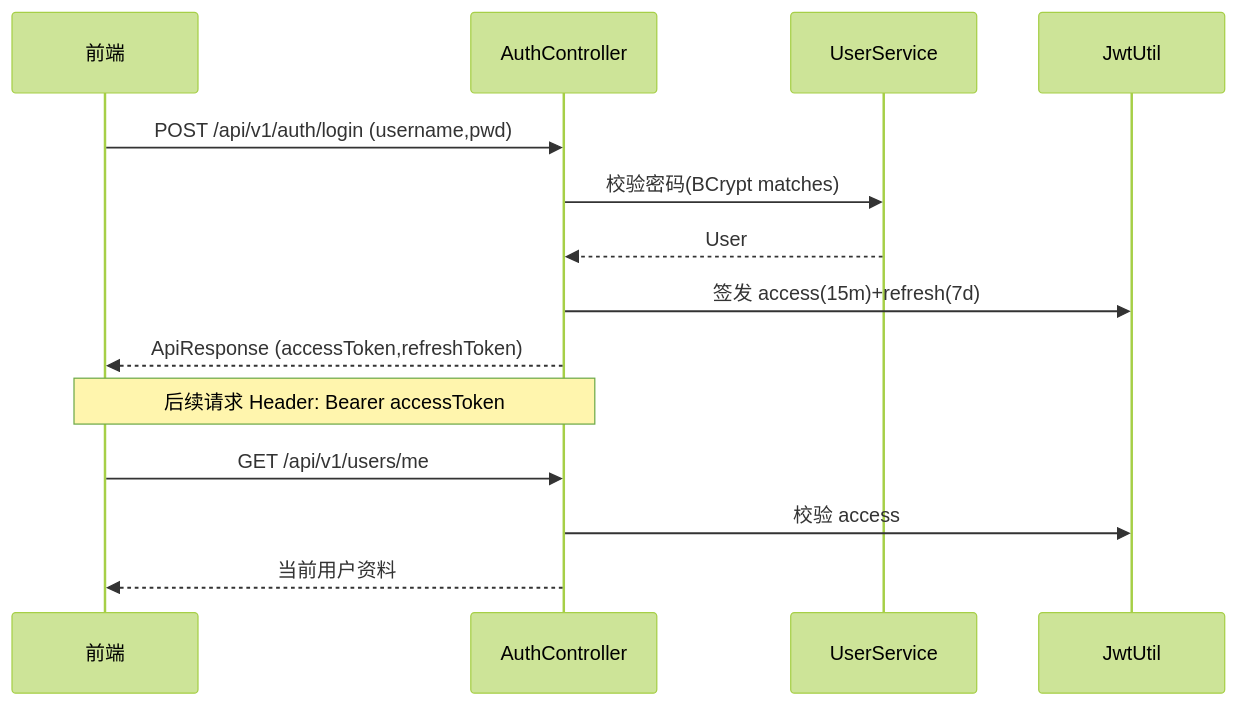
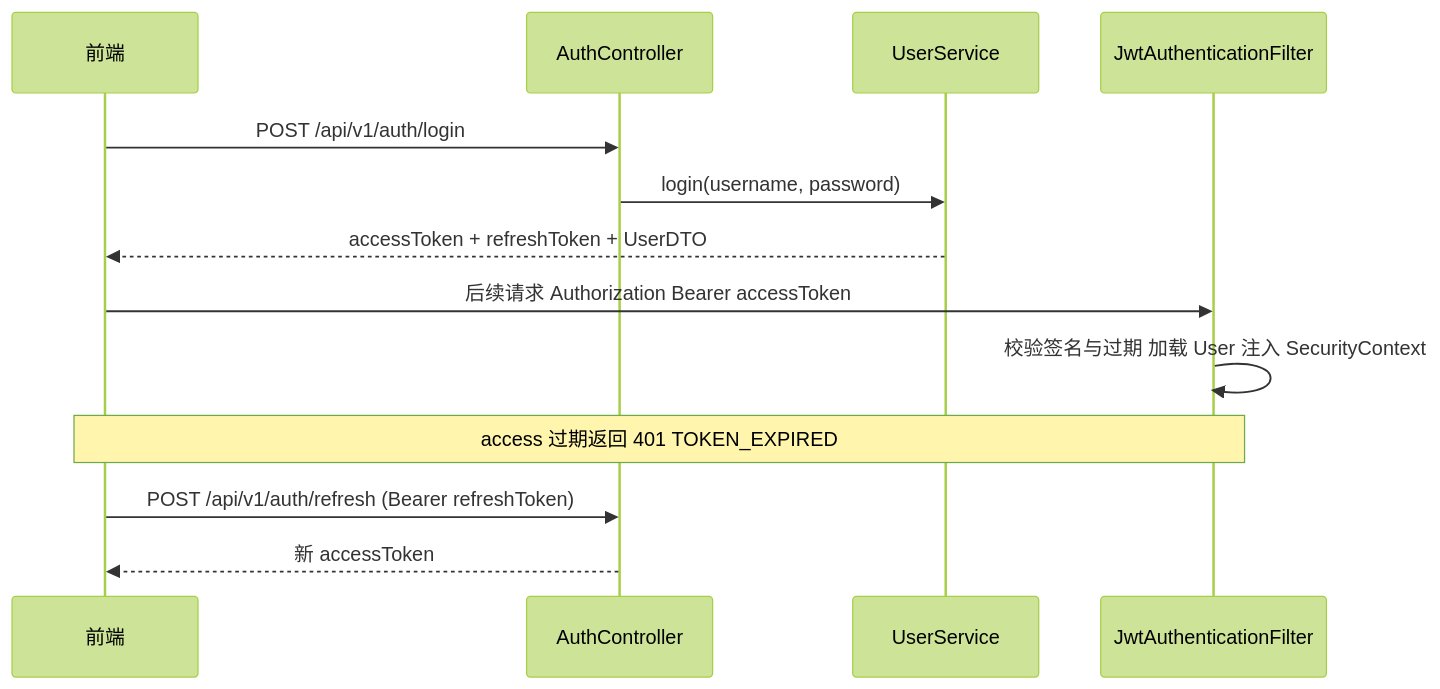
One commit to mambo-wang/CodingHub changed the second of 2 diagrams in repowiki/wiki/modules/用户与认证.md. Above: the diagram before and after it, drawn with Mermaid (forest theme). The commit also changed other lines of this file and 59 other files, not shown here.

````diff
--- a/repowiki/wiki/modules/用户与认证.md
+++ b/repowiki/wiki/modules/用户与认证.md
@@ -106,16 +82,15 @@
 ```mermaid
 sequenceDiagram
     participant FE as 前端
-    participant AC as AuthController
-    participant US as UserService
-    participant JU as JwtUtil
-    FE->>AC: POST /api/v1/auth/login (username,pwd)
-    AC->>US: 校验密码(BCrypt matches)
-    US-->>AC: User
-    AC->>JU: 签发 access(15m)+refresh(7d)
-    AC-->>FE: ApiResponse (accessToken,refreshToken)
-    Note over FE,AC: 后续请求 Header: Bearer accessToken
-    FE->>AC: GET /api/v1/users/me
-    AC->>JU: 校验 access
-    AC-->>FE: 当前用户资料
+    participant Auth as AuthController
+    participant Svc as UserService
+    participant F as JwtAuthenticationFilter
+    FE->>Auth: POST /api/v1/auth/login
+    Auth->>Svc: login(username, password)
+    Svc-->>FE: accessToken + refreshToken + UserDTO
+    FE->>F: 后续请求 Authorization Bearer accessToken
+    F->>F: 校验签名与过期 加载 User 注入 SecurityContext
+    Note over FE,F: access 过期返回 401 TOKEN_EXPIRED
+    FE->>Auth: POST /api/v1/auth/refresh (Bearer refreshToken)
+    Auth-->>FE: 新 accessToken
 ```
````
